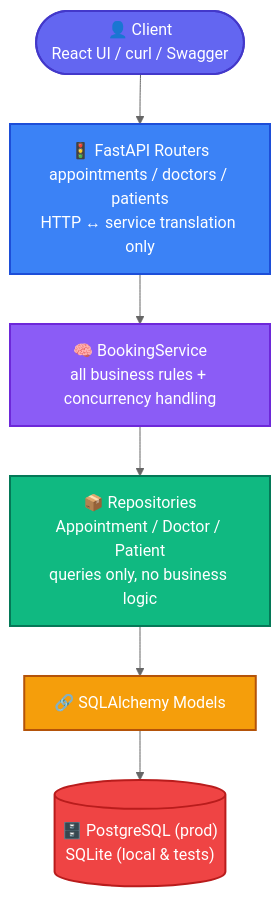
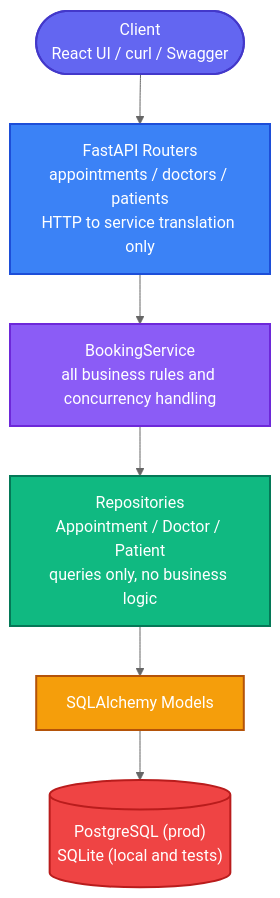
One commit to cypriankanda/clinic-booking-system changed the third of 3 diagrams in README.md. Above: the diagram before and after it, drawn with Mermaid (neutral theme). The commit also changed other lines of this file, not shown here.

````diff
--- a/README.md
+++ b/README.md
@@ -123,26 +122,26 @@
 ```mermaid
 flowchart TD
-    C(["👤 Client<br/>React UI / curl / Swagger"]) --> R
+    C(["Client<br/>React UI / curl / Swagger"]) --> R
 
-    R["🚦 FastAPI Routers<br/>appointments / doctors / patients<br/>HTTP ↔ service translation only"] --> S
+    R["FastAPI Routers<br/>appointments / doctors / patients<br/>HTTP to service translation only"] --> S
 
-    S["🧠 BookingService<br/>all business rules + concurrency handling"] --> Repo
+    S["BookingService<br/>all business rules and concurrency handling"] --> Repo
 
-    Repo["📦 Repositories<br/>Appointment / Doctor / Patient<br/>queries only, no business logic"] --> M
+    Repo["Repositories<br/>Appointment / Doctor / Patient<br/>queries only, no business logic"] --> M
 
-    M["🔗 SQLAlchemy Models"] --> DB[("🗄️ PostgreSQL (prod)<br/>SQLite (local & tests)")]
+    M["SQLAlchemy Models"] --> DB[("PostgreSQL (prod)<br/>SQLite (local and tests)")]
 
     classDef clientStyle fill:#6366f1,stroke:#4338ca,color:#fff,stroke-width:2px
     classDef routerStyle fill:#3b82f6,stroke:#1d4ed8,color:#fff,stroke-width:2px
     classDef serviceStyle fill:#8b5cf6,stroke:#6d28d9,color:#fff,stroke-width:2px
     classDef repoStyle fill:#10b981,stroke:#047857,color:#fff,stroke-width:2px
     classDef modelStyle fill:#f59e0b,stroke:#b45309,color:#fff,stroke-width:2px
     classDef dbStyle fill:#ef4444,stroke:#b91c1c,color:#fff,stroke-width:2px
 
     class C clientStyle
     class R routerStyle
     class S serviceStyle
     class Repo repoStyle
     class M modelStyle
     class DB dbStyle
 ```
````
